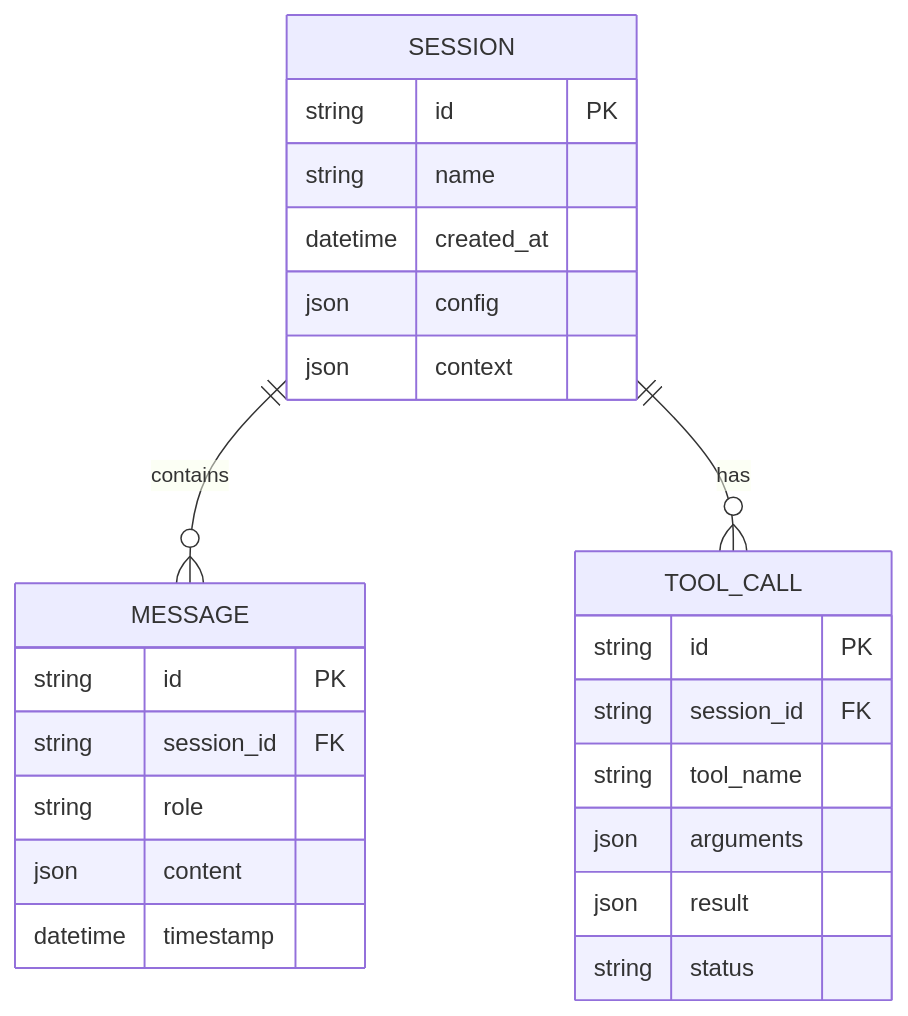
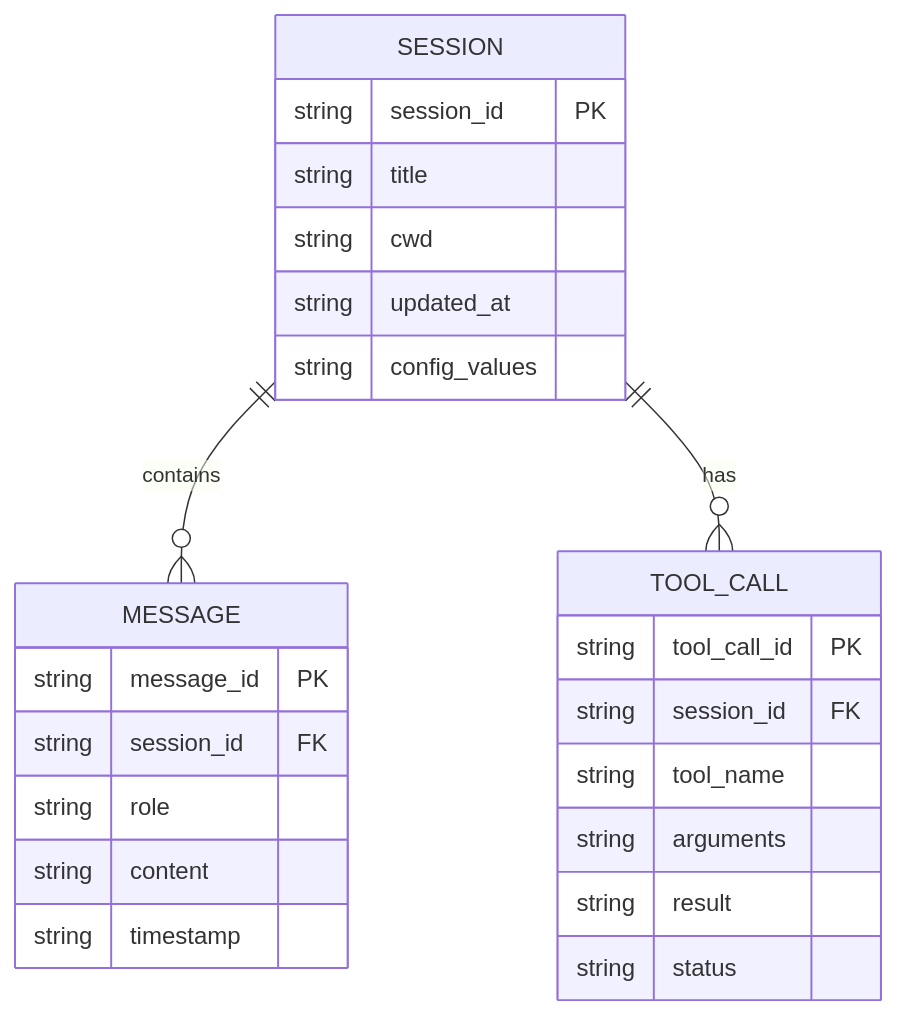
Diagram 21 of 21 in doc/product/overview/architecture.md (pese-git/codelab-agent), drawn with Mermaid before and after one commit. The commit also changed other lines of this file and 10 other files, not shown here.

First line of the commit message:
docs(arch): синхронизация архитектурных диаграмм и ссылок с кодом

````diff
--- a/doc/product/overview/architecture.md
+++ b/doc/product/overview/architecture.md
@@ -990,27 +990,27 @@
 ```mermaid
 erDiagram
     SESSION ||--o{ MESSAGE : contains
     SESSION ||--o{ TOOL_CALL : has
     SESSION {
-        string id PK
-        string name
-        datetime created_at
-        json config
-        json context
+        string session_id PK
+        string title
+        string cwd
+        string updated_at
+        string config_values
     }
     MESSAGE {
-        string id PK
+        string message_id PK
         string session_id FK
         string role
-        json content
-        datetime timestamp
+        string content
+        string timestamp
     }
     TOOL_CALL {
-        string id PK
+        string tool_call_id PK
         string session_id FK
         string tool_name
-        json arguments
-        json result
+        string arguments
+        string result
         string status
     }
 ```
````
